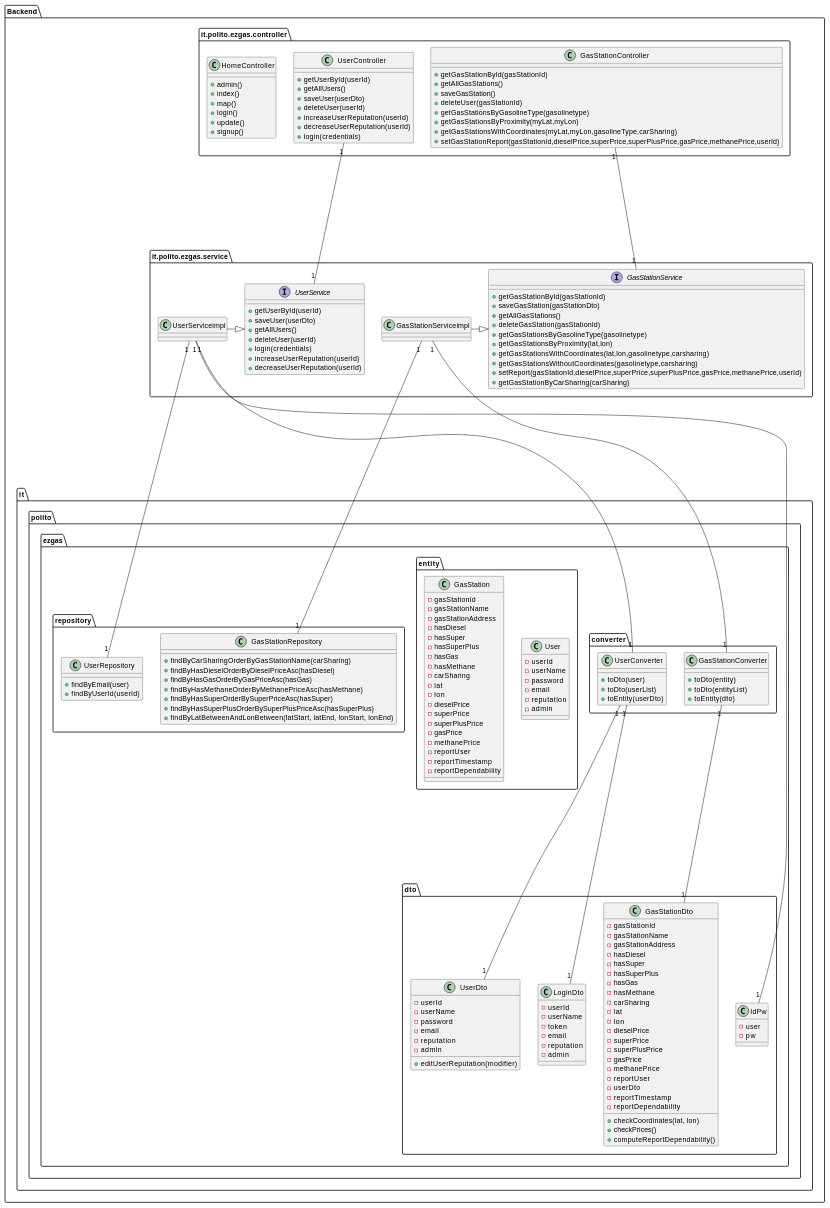
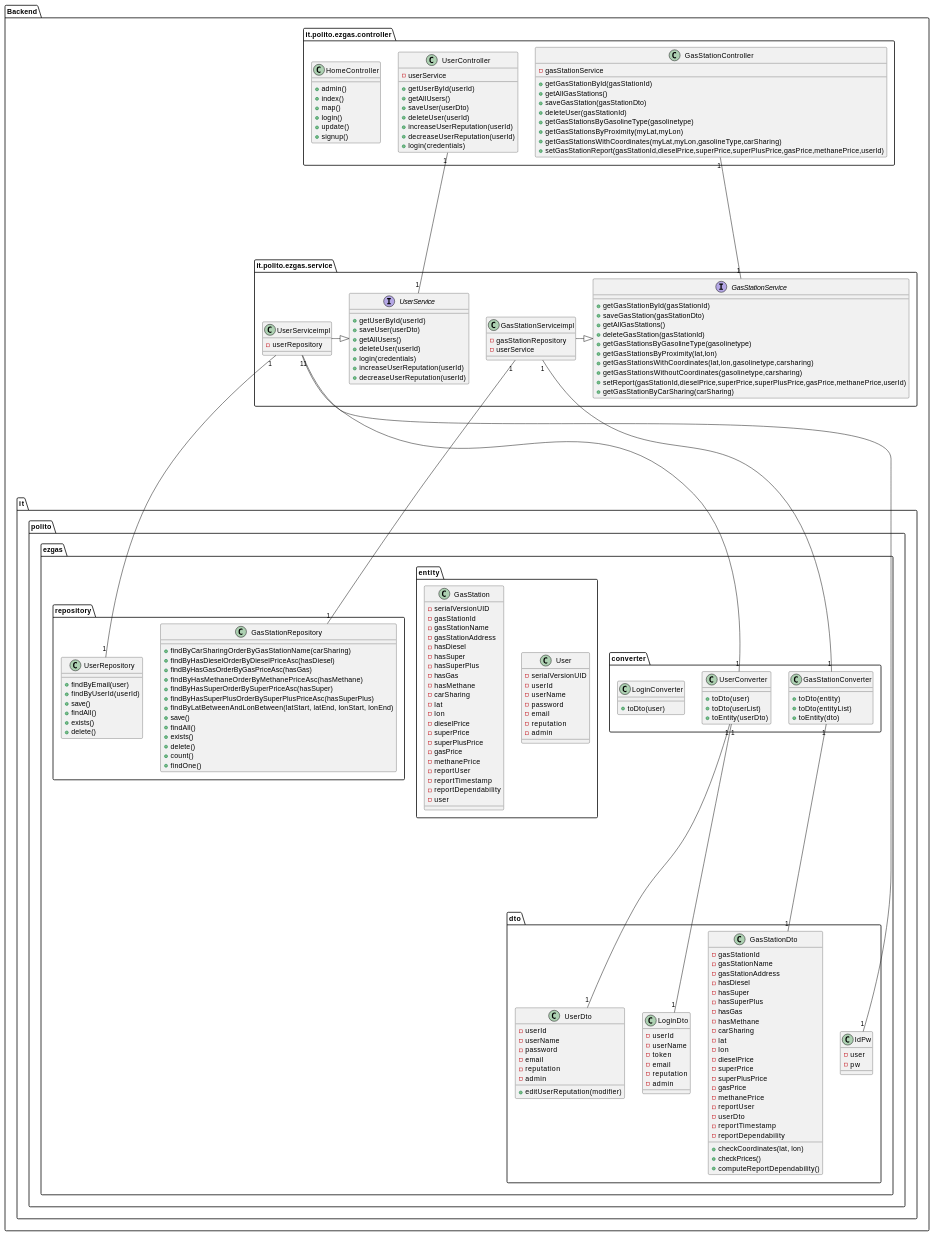
Before and after one commit to mosTavassoli/ezgas: the fourth of 15 diagrams in docs/DesignDocument.md, drawn with PlantUML.

Commit message:
docs(DesignDocument): edit low level design

```diff
--- a/docs/DesignDocument.md
+++ b/docs/DesignDocument.md
@@ -247,10 +247,12 @@
       +decreaseUserReputation(userId)
    }
    class "GasStationServiceimpl"{
-
-      
+      -gasStationRepository
+      -userService
    }
-   class "UserServiceimpl"
+   class "UserServiceimpl"{
+      -userRepository
+   }
    "GasStationServiceimpl" -|> "GasStationService"
    "UserServiceimpl" -|> "UserService"
 
@@ -259,6 +261,7 @@
 
 package "it.polito.ezgas.controller" as pc{
    class "UserController"{
+      -userService
       +getUserById(userId)
       +getAllUsers()
       +saveUser(userDto)
@@ -268,9 +271,10 @@
       +login(credentials)
    }
    class "GasStationController"{
+      -gasStationService
       +getGasStationById(gasStationId)
       +getAllGasStations()
-      +saveGasStation()
+      +saveGasStation(gasStationDto)
       +deleteUser(gasStationId)
       +getGasStationsByGasolineType(gasolinetype)
       +getGasStationsByProximity(myLat,myLon)
@@ -297,6 +301,9 @@
       +toDto(entity)
       +toDto(entityList)
       +toEntity(dto)
+   }
+   class "LoginConverter"{
+      +toDto(user)
    }
 }
 
@@ -352,6 +359,7 @@
 
 package "it.polito.ezgas.entity" {
    class "User"{
+      -serialVersionUID
       -userId
       -userName
       -password
@@ -361,6 +369,7 @@
 
    }
    class "GasStation"{
+      -serialVersionUID
       -gasStationId
       -gasStationName
       -gasStationAddress
@@ -380,7 +389,7 @@
       -reportUser
       -reportTimestamp
       -reportDependability
-
+      -user
    }
 
 }
@@ -389,6 +398,10 @@
    class "UserRepository"{
       +findByEmail(user)
       +findByUserId(userId)
+      +save()
+      +findAll()
+      +exists()
+      +delete()
    }
    class "GasStationRepository"{
       +findByCarSharingOrderByGasStationName(carSharing)
@@ -398,6 +411,12 @@
       +findByHasSuperOrderBySuperPriceAsc(hasSuper)
       +findByHasSuperPlusOrderBySuperPlusPriceAsc(hasSuperPlus)
       +findByLatBetweenAndLonBetween(latStart, latEnd, lonStart, lonEnd)
+      +save()
+      +findAll()
+      +exists()
+      +delete()
+      +count()
+      +findOne()
    }
 }
 
```
